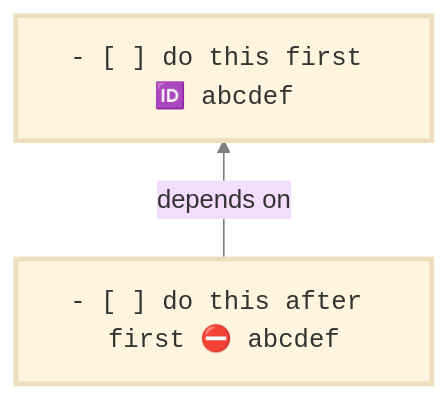
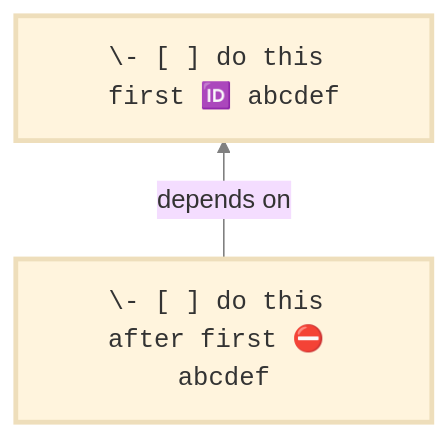
Before and after one commit to obsidian-tasks-group/obsidian-tasks: the first of 2 diagrams in docs/Getting Started/Task Dependencies.md, drawn with Mermaid (base theme). The commit also changed other lines of this file, not shown here.

First line of the commit message:
docs: Fix "Unsupported markdown: list" mermaid diagram errors

````diff
--- a/docs/Getting Started/Task Dependencies.md
+++ b/docs/Getting Started/Task Dependencies.md
@@ -33,11 +33,11 @@
 ```mermaid
 flowchart BT
 
 classDef TASK        stroke-width:3px,font-family:monospace;
 
-2["- [ ] do this first 🆔 abcdef"]:::TASK
-1["- [ ] do this after first ⛔ abcdef"]:::TASK
+2["\- [ ] do this first 🆔 abcdef"]:::TASK
+1["\- [ ] do this after first ⛔ abcdef"]:::TASK
 1-- depends on --> 2
 
 linkStyle default stroke:gray
 ```
````
